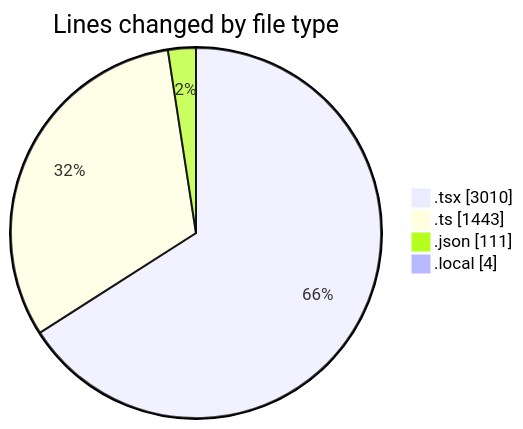
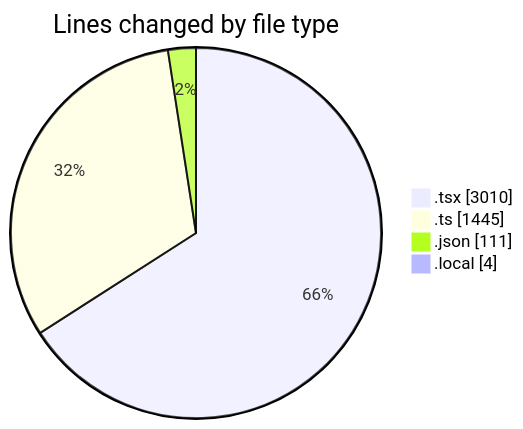
Before and after one commit to julien-gomy/code-tracking: the first of 2 diagrams in 2025-11-08/eventscop-frontend-guide__workspace_/README.md, drawn with Mermaid. The commit also changed other lines of this file and 1 other file, not shown here.

````diff
--- a/2025-11-08/eventscop-frontend-guide__workspace_/README.md
+++ b/2025-11-08/eventscop-frontend-guide__workspace_/README.md
@@ -62,8 +62,8 @@
 ```mermaid
 pie showData
 title Lines changed by file type
 ".tsx" : 3010
-".ts" : 1443
+".ts" : 1445
 ".json" : 111
 ".local" : 4
 ```
````
